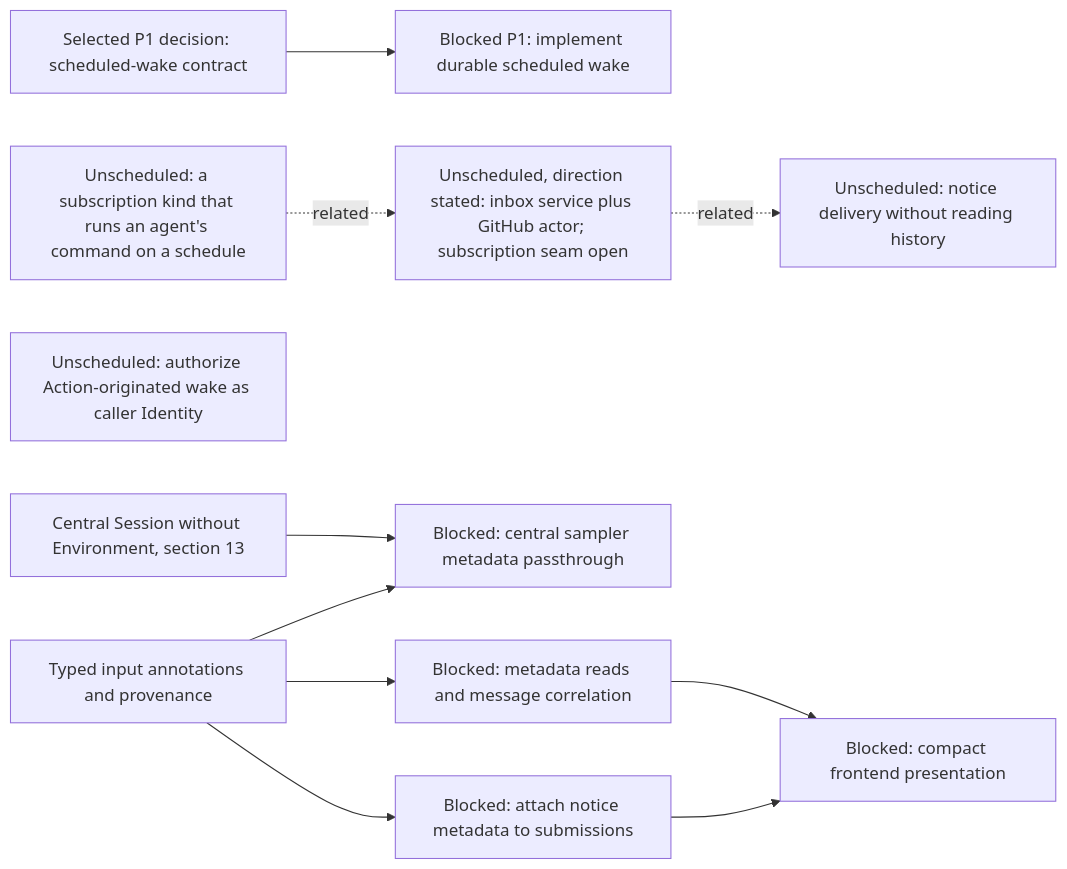
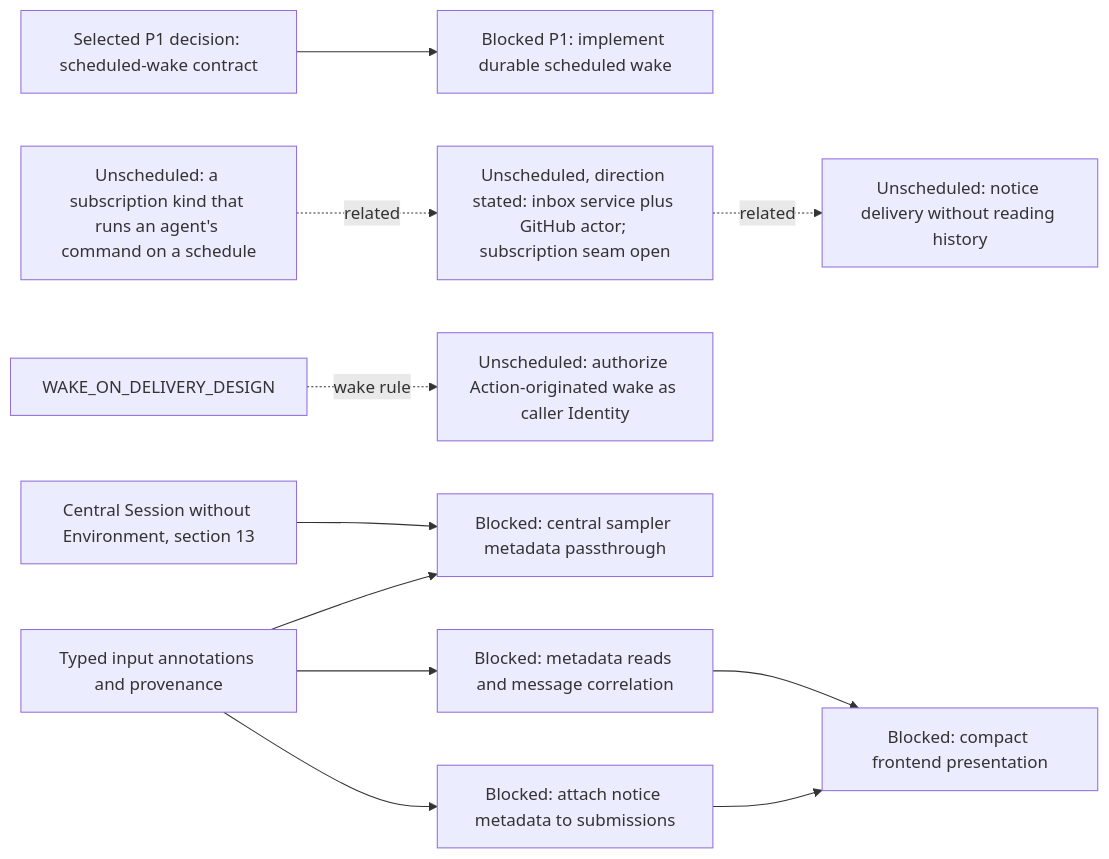
Before and after one commit to agentydragon/ducktape: the fourth of 20 diagrams in agentplane/plans/task_dag.md, drawn with Mermaid. The commit also changed other lines of this file, not shown here.

First line of the commit message:
agentplane: record Session send and wake questions on WAKE_ON_DELIVERY_DESIGN

````diff
--- a/agentplane/plans/task_dag.md
+++ b/agentplane/plans/task_dag.md
@@ -301,24 +301,25 @@
 ```mermaid
 flowchart LR
     SCHEDULED_AGENT_WAKE_DESIGN[Selected P1 decision: scheduled-wake contract]
     SCHEDULED_AGENT_WAKE[Blocked P1: implement durable scheduled wake]
     SCHEDULED_AGENT_WAKE_DESIGN --> SCHEDULED_AGENT_WAKE
     NOTIFICATION_COMMAND_OUTCOME_DESIGN[Unscheduled: notice delivery without reading history]
     NOTIFICATION_SERVICE_SPLIT[Unscheduled, direction stated: inbox service plus GitHub actor; subscription seam open]
     NOTIFICATION_SERVICE_SPLIT -. related .-> NOTIFICATION_COMMAND_OUTCOME_DESIGN
     COMMAND_WATCH_SUBSCRIPTION_DESIGN[Unscheduled: a subscription kind that runs an agent's command on a schedule]
     COMMAND_WATCH_SUBSCRIPTION_DESIGN -. related .-> NOTIFICATION_SERVICE_SPLIT
     ACTION_WAKE_AS_IDENTITY[Unscheduled: authorize Action-originated wake as caller Identity]
+    WAKE_ON_DELIVERY_DESIGN -. wake rule .-> ACTION_WAKE_AS_IDENTITY
     SESSION_INPUT_METADATA[Typed input annotations and provenance]
     CENTRAL_SESSION_WITHOUT_ENVIRONMENT[Central Session without Environment, section 13]
     CENTRAL_SESSION_INPUT_METADATA[Blocked: central sampler metadata passthrough]
     SESSION_INPUT_METADATA --> CENTRAL_SESSION_INPUT_METADATA
     CENTRAL_SESSION_WITHOUT_ENVIRONMENT --> CENTRAL_SESSION_INPUT_METADATA
     SESSION_INPUT_METADATA_READ[Blocked: metadata reads and message correlation]
     NOTIFICATION_NOTICE_METADATA[Blocked: attach notice metadata to submissions]
     NOTIFICATION_PRESENTATION[Blocked: compact frontend presentation]
     SESSION_INPUT_METADATA --> SESSION_INPUT_METADATA_READ
     SESSION_INPUT_METADATA --> NOTIFICATION_NOTICE_METADATA
     SESSION_INPUT_METADATA_READ --> NOTIFICATION_PRESENTATION
     NOTIFICATION_NOTICE_METADATA --> NOTIFICATION_PRESENTATION
 ```
````
